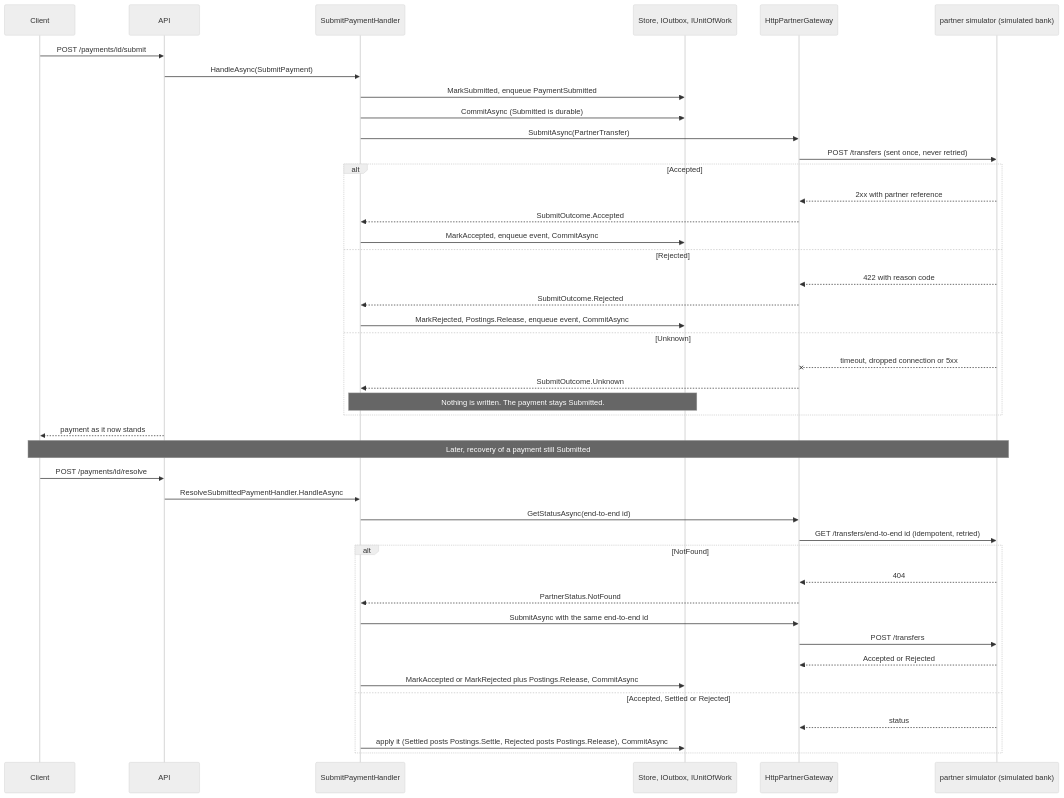
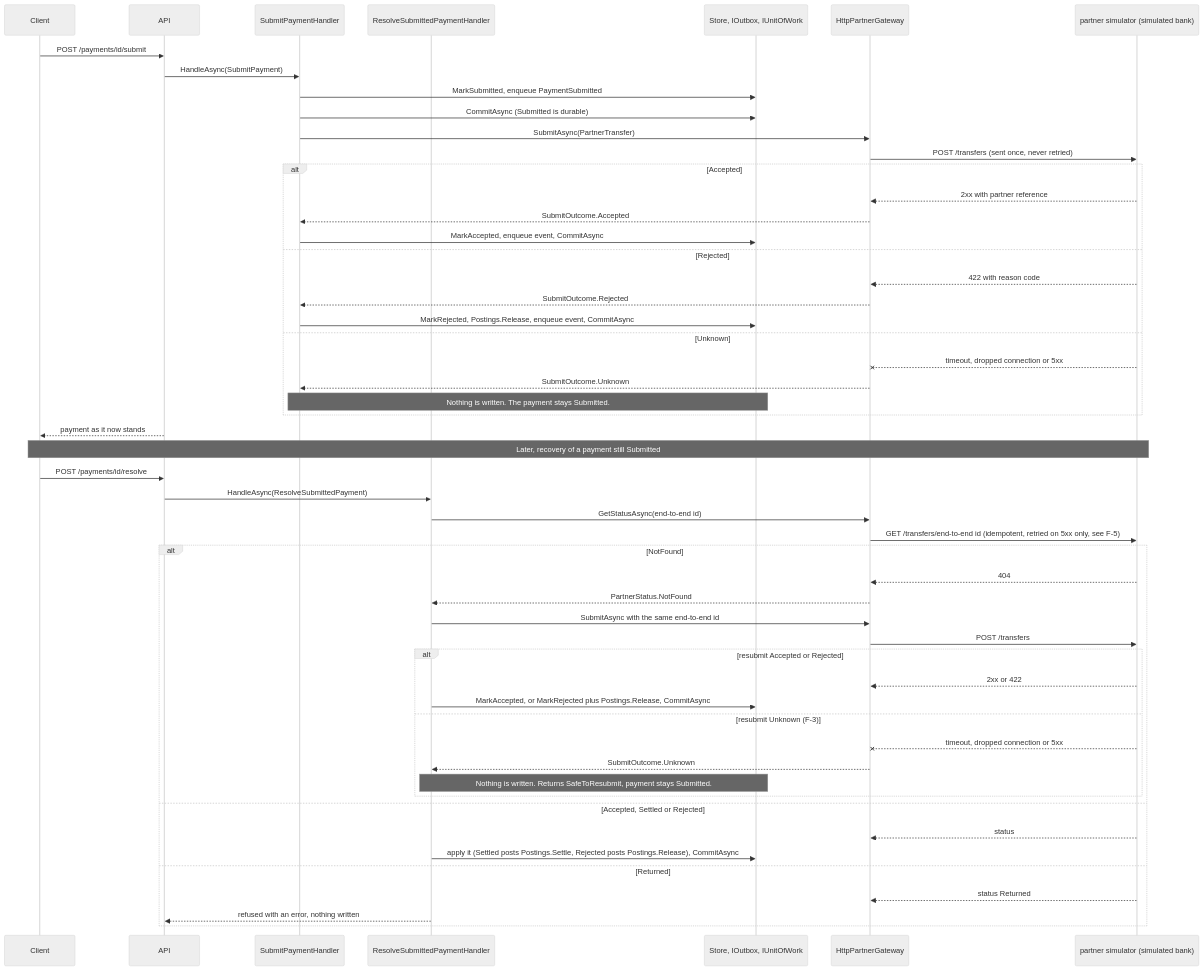
One commit to konradcinkusz/payments-bench changed the diagram in docs/diagrams/a3-submit-resolve.mmd. Above: the diagram before and after it, drawn with Mermaid (neutral theme). The commit also changed 2 other files, not shown here.

Commit message:
A3: separate resolve handler, F-5 retry wording, resubmit Unknown and Returned cases; link DIAGRAMS.md from START-HERE
Claude-Session: https://claude.ai/code/session_019cQy3SU3GocpyUCZMNzNyT

```diff
--- a/docs/diagrams/a3-submit-resolve.mmd
+++ b/docs/diagrams/a3-submit-resolve.mmd
@@ -1,45 +1,55 @@
 sequenceDiagram
     participant C as Client
     participant A as API
     participant H as SubmitPaymentHandler
+    participant R as ResolveSubmittedPaymentHandler
     participant S as Store, IOutbox, IUnitOfWork
     participant G as HttpPartnerGateway
     participant P as partner simulator (simulated bank)
 
     C->>A: POST /payments/id/submit
     A->>H: HandleAsync(SubmitPayment)
     H->>S: MarkSubmitted, enqueue PaymentSubmitted
     H->>S: CommitAsync (Submitted is durable)
     H->>G: SubmitAsync(PartnerTransfer)
     G->>P: POST /transfers (sent once, never retried)
     alt Accepted
         P-->>G: 2xx with partner reference
         G-->>H: SubmitOutcome.Accepted
         H->>S: MarkAccepted, enqueue event, CommitAsync
     else Rejected
         P-->>G: 422 with reason code
         G-->>H: SubmitOutcome.Rejected
         H->>S: MarkRejected, Postings.Release, enqueue event, CommitAsync
     else Unknown
         P--xG: timeout, dropped connection or 5xx
         G-->>H: SubmitOutcome.Unknown
         Note over H,S: Nothing is written. The payment stays Submitted.
     end
     A-->>C: payment as it now stands
 
     Note over C,P: Later, recovery of a payment still Submitted
     C->>A: POST /payments/id/resolve
-    A->>H: ResolveSubmittedPaymentHandler.HandleAsync
-    H->>G: GetStatusAsync(end-to-end id)
-    G->>P: GET /transfers/end-to-end id (idempotent, retried)
+    A->>R: HandleAsync(ResolveSubmittedPayment)
+    R->>G: GetStatusAsync(end-to-end id)
+    G->>P: GET /transfers/end-to-end id (idempotent, retried on 5xx only, see F-5)
     alt NotFound
         P-->>G: 404
-        G-->>H: PartnerStatus.NotFound
-        H->>G: SubmitAsync with the same end-to-end id
+        G-->>R: PartnerStatus.NotFound
+        R->>G: SubmitAsync with the same end-to-end id
         G->>P: POST /transfers
-        P-->>G: Accepted or Rejected
-        H->>S: MarkAccepted or MarkRejected plus Postings.Release, CommitAsync
+        alt resubmit Accepted or Rejected
+            P-->>G: 2xx or 422
+            R->>S: MarkAccepted, or MarkRejected plus Postings.Release, CommitAsync
+        else resubmit Unknown (F-3)
+            P--xG: timeout, dropped connection or 5xx
+            G-->>R: SubmitOutcome.Unknown
+            Note over R,S: Nothing is written. Returns SafeToResubmit, payment stays Submitted.
+        end
     else Accepted, Settled or Rejected
         P-->>G: status
-        H->>S: apply it (Settled posts Postings.Settle, Rejected posts Postings.Release), CommitAsync
+        R->>S: apply it (Settled posts Postings.Settle, Rejected posts Postings.Release), CommitAsync
+    else Returned
+        P-->>G: status Returned
+        R-->>A: refused with an error, nothing written
     end
```
